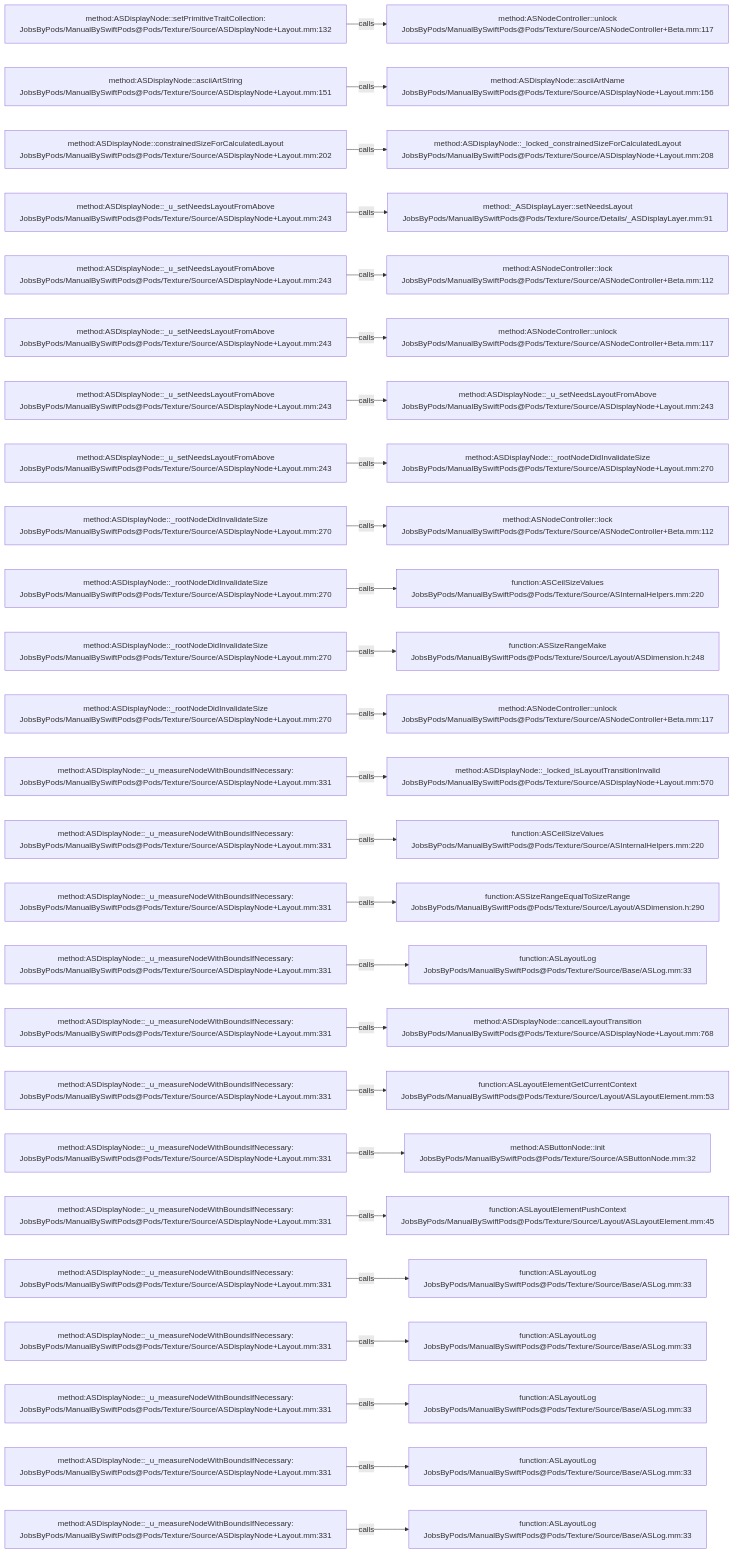
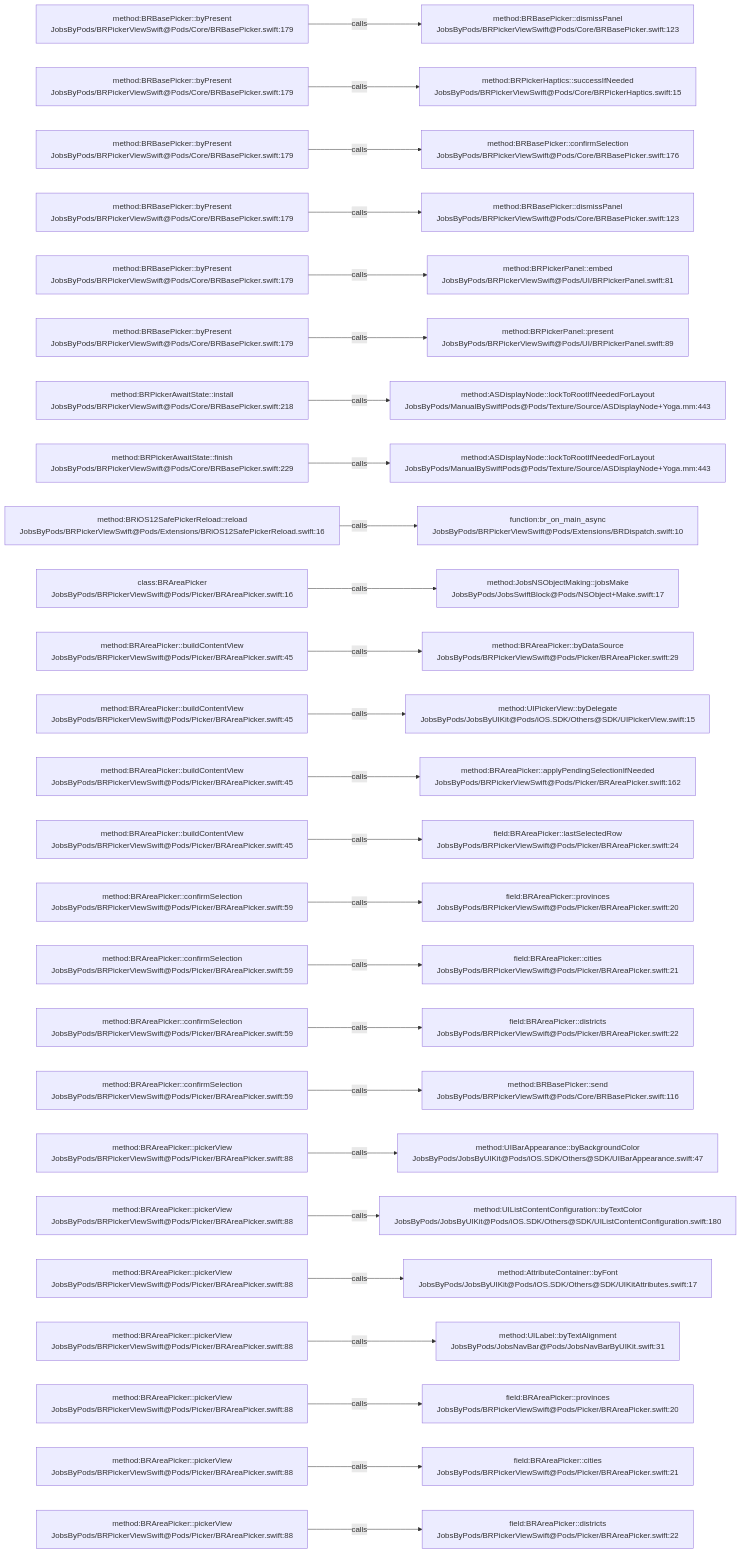
One commit to JobsKits/JobsSwiftBaseConfigDemo changed the diagram in .codegraph/codegraph.md/graphs/calls-021.md. Above: the diagram before and after it, drawn with Mermaid. The commit also changed 224 other files, not shown here.

````diff
--- a/.codegraph/codegraph.md/graphs/calls-021.md
+++ b/.codegraph/codegraph.md/graphs/calls-021.md
@@ -13,78 +13,78 @@
 ```mermaid
 flowchart LR
-  S1["method:ASDisplayNode::setPrimitiveTraitCollection:<br/>JobsByPods/ManualBySwiftPods@Pods/Texture/Source/ASDisplayNode+Layout.mm:132"]
-  T1["method:ASNodeController::unlock<br/>JobsByPods/ManualBySwiftPods@Pods/Texture/Source/ASNodeController+Beta.mm:117"]
+  S1["method:BRBasePicker::byPresent<br/>JobsByPods/BRPickerViewSwift@Pods/Core/BRBasePicker.swift:179"]
+  T1["method:BRBasePicker::dismissPanel<br/>JobsByPods/BRPickerViewSwift@Pods/Core/BRBasePicker.swift:123"]
   S1 -->|calls| T1
-  S2["method:ASDisplayNode::asciiArtString<br/>JobsByPods/ManualBySwiftPods@Pods/Texture/Source/ASDisplayNode+Layout.mm:151"]
-  T2["method:ASDisplayNode::asciiArtName<br/>JobsByPods/ManualBySwiftPods@Pods/Texture/Source/ASDisplayNode+Layout.mm:156"]
+  S2["method:BRBasePicker::byPresent<br/>JobsByPods/BRPickerViewSwift@Pods/Core/BRBasePicker.swift:179"]
+  T2["method:BRPickerHaptics::successIfNeeded<br/>JobsByPods/BRPickerViewSwift@Pods/Core/BRPickerHaptics.swift:15"]
   S2 -->|calls| T2
-  S3["method:ASDisplayNode::constrainedSizeForCalculatedLayout<br/>JobsByPods/ManualBySwiftPods@Pods/Texture/Source/ASDisplayNode+Layout.mm:202"]
-  T3["method:ASDisplayNode::_locked_constrainedSizeForCalculatedLayout<br/>JobsByPods/ManualBySwiftPods@Pods/Texture/Source/ASDisplayNode+Layout.mm:208"]
+  S3["method:BRBasePicker::byPresent<br/>JobsByPods/BRPickerViewSwift@Pods/Core/BRBasePicker.swift:179"]
+  T3["method:BRBasePicker::confirmSelection<br/>JobsByPods/BRPickerViewSwift@Pods/Core/BRBasePicker.swift:176"]
   S3 -->|calls| T3
-  S4["method:ASDisplayNode::_u_setNeedsLayoutFromAbove<br/>JobsByPods/ManualBySwiftPods@Pods/Texture/Source/ASDisplayNode+Layout.mm:243"]
-  T4["method:_ASDisplayLayer::setNeedsLayout<br/>JobsByPods/ManualBySwiftPods@Pods/Texture/Source/Details/_ASDisplayLayer.mm:91"]
+  S4["method:BRBasePicker::byPresent<br/>JobsByPods/BRPickerViewSwift@Pods/Core/BRBasePicker.swift:179"]
+  T4["method:BRBasePicker::dismissPanel<br/>JobsByPods/BRPickerViewSwift@Pods/Core/BRBasePicker.swift:123"]
   S4 -->|calls| T4
-  S5["method:ASDisplayNode::_u_setNeedsLayoutFromAbove<br/>JobsByPods/ManualBySwiftPods@Pods/Texture/Source/ASDisplayNode+Layout.mm:243"]
-  T5["method:ASNodeController::lock<br/>JobsByPods/ManualBySwiftPods@Pods/Texture/Source/ASNodeController+Beta.mm:112"]
+  S5["method:BRBasePicker::byPresent<br/>JobsByPods/BRPickerViewSwift@Pods/Core/BRBasePicker.swift:179"]
+  T5["method:BRPickerPanel::embed<br/>JobsByPods/BRPickerViewSwift@Pods/UI/BRPickerPanel.swift:81"]
   S5 -->|calls| T5
-  S6["method:ASDisplayNode::_u_setNeedsLayoutFromAbove<br/>JobsByPods/ManualBySwiftPods@Pods/Texture/Source/ASDisplayNode+Layout.mm:243"]
-  T6["method:ASNodeController::unlock<br/>JobsByPods/ManualBySwiftPods@Pods/Texture/Source/ASNodeController+Beta.mm:117"]
+  S6["method:BRBasePicker::byPresent<br/>JobsByPods/BRPickerViewSwift@Pods/Core/BRBasePicker.swift:179"]
+  T6["method:BRPickerPanel::present<br/>JobsByPods/BRPickerViewSwift@Pods/UI/BRPickerPanel.swift:89"]
   S6 -->|calls| T6
-  S7["method:ASDisplayNode::_u_setNeedsLayoutFromAbove<br/>JobsByPods/ManualBySwiftPods@Pods/Texture/Source/ASDisplayNode+Layout.mm:243"]
-  T7["method:ASDisplayNode::_u_setNeedsLayoutFromAbove<br/>JobsByPods/ManualBySwiftPods@Pods/Texture/Source/ASDisplayNode+Layout.mm:243"]
+  S7["method:BRPickerAwaitState::install<br/>JobsByPods/BRPickerViewSwift@Pods/Core/BRBasePicker.swift:218"]
+  T7["method:ASDisplayNode::lockToRootIfNeededForLayout<br/>JobsByPods/ManualBySwiftPods@Pods/Texture/Source/ASDisplayNode+Yoga.mm:443"]
   S7 -->|calls| T7
-  S8["method:ASDisplayNode::_u_setNeedsLayoutFromAbove<br/>JobsByPods/ManualBySwiftPods@Pods/Texture/Source/ASDisplayNode+Layout.mm:243"]
-  T8["method:ASDisplayNode::_rootNodeDidInvalidateSize<br/>JobsByPods/ManualBySwiftPods@Pods/Texture/Source/ASDisplayNode+Layout.mm:270"]
+  S8["method:BRPickerAwaitState::finish<br/>JobsByPods/BRPickerViewSwift@Pods/Core/BRBasePicker.swift:229"]
+  T8["method:ASDisplayNode::lockToRootIfNeededForLayout<br/>JobsByPods/ManualBySwiftPods@Pods/Texture/Source/ASDisplayNode+Yoga.mm:443"]
   S8 -->|calls| T8
-  S9["method:ASDisplayNode::_rootNodeDidInvalidateSize<br/>JobsByPods/ManualBySwiftPods@Pods/Texture/Source/ASDisplayNode+Layout.mm:270"]
-  T9["method:ASNodeController::lock<br/>JobsByPods/ManualBySwiftPods@Pods/Texture/Source/ASNodeController+Beta.mm:112"]
+  S9["method:BRiOS12SafePickerReload::reload<br/>JobsByPods/BRPickerViewSwift@Pods/Extensions/BRiOS12SafePickerReload.swift:16"]
+  T9["function:br_on_main_async<br/>JobsByPods/BRPickerViewSwift@Pods/Extensions/BRDispatch.swift:10"]
   S9 -->|calls| T9
-  S10["method:ASDisplayNode::_rootNodeDidInvalidateSize<br/>JobsByPods/ManualBySwiftPods@Pods/Texture/Source/ASDisplayNode+Layout.mm:270"]
-  T10["function:ASCeilSizeValues<br/>JobsByPods/ManualBySwiftPods@Pods/Texture/Source/ASInternalHelpers.mm:220"]
+  S10["class:BRAreaPicker<br/>JobsByPods/BRPickerViewSwift@Pods/Picker/BRAreaPicker.swift:16"]
+  T10["method:JobsNSObjectMaking::jobsMake<br/>JobsByPods/JobsSwiftBlock@Pods/NSObject+Make.swift:17"]
   S10 -->|calls| T10
-  S11["method:ASDisplayNode::_rootNodeDidInvalidateSize<br/>JobsByPods/ManualBySwiftPods@Pods/Texture/Source/ASDisplayNode+Layout.mm:270"]
-  T11["function:ASSizeRangeMake<br/>JobsByPods/ManualBySwiftPods@Pods/Texture/Source/Layout/ASDimension.h:248"]
+  S11["method:BRAreaPicker::buildContentView<br/>JobsByPods/BRPickerViewSwift@Pods/Picker/BRAreaPicker.swift:45"]
+  T11["method:BRAreaPicker::byDataSource<br/>JobsByPods/BRPickerViewSwift@Pods/Picker/BRAreaPicker.swift:29"]
   S11 -->|calls| T11
-  S12["method:ASDisplayNode::_rootNodeDidInvalidateSize<br/>JobsByPods/ManualBySwiftPods@Pods/Texture/Source/ASDisplayNode+Layout.mm:270"]
-  T12["method:ASNodeController::unlock<br/>JobsByPods/ManualBySwiftPods@Pods/Texture/Source/ASNodeController+Beta.mm:117"]
+  S12["method:BRAreaPicker::buildContentView<br/>JobsByPods/BRPickerViewSwift@Pods/Picker/BRAreaPicker.swift:45"]
+  T12["method:UIPickerView::byDelegate<br/>JobsByPods/JobsByUIKit@Pods/iOS.SDK/Others@SDK/UIPickerView.swift:15"]
   S12 -->|calls| T12
-  S13["method:ASDisplayNode::_u_measureNodeWithBoundsIfNecessary:<br/>JobsByPods/ManualBySwiftPods@Pods/Texture/Source/ASDisplayNode+Layout.mm:331"]
-  T13["method:ASDisplayNode::_locked_isLayoutTransitionInvalid<br/>JobsByPods/ManualBySwiftPods@Pods/Texture/Source/ASDisplayNode+Layout.mm:570"]
+  S13["method:BRAreaPicker::buildContentView<br/>JobsByPods/BRPickerViewSwift@Pods/Picker/BRAreaPicker.swift:45"]
+  T13["method:BRAreaPicker::applyPendingSelectionIfNeeded<br/>JobsByPods/BRPickerViewSwift@Pods/Picker/BRAreaPicker.swift:162"]
   S13 -->|calls| T13
-  S14["method:ASDisplayNode::_u_measureNodeWithBoundsIfNecessary:<br/>JobsByPods/ManualBySwiftPods@Pods/Texture/Source/ASDisplayNode+Layout.mm:331"]
-  T14["function:ASCeilSizeValues<br/>JobsByPods/ManualBySwiftPods@Pods/Texture/Source/ASInternalHelpers.mm:220"]
+  S14["method:BRAreaPicker::buildContentView<br/>JobsByPods/BRPickerViewSwift@Pods/Picker/BRAreaPicker.swift:45"]
+  T14["field:BRAreaPicker::lastSelectedRow<br/>JobsByPods/BRPickerViewSwift@Pods/Picker/BRAreaPicker.swift:24"]
   S14 -->|calls| T14
-  S15["method:ASDisplayNode::_u_measureNodeWithBoundsIfNecessary:<br/>JobsByPods/ManualBySwiftPods@Pods/Texture/Source/ASDisplayNode+Layout.mm:331"]
-  T15["function:ASSizeRangeEqualToSizeRange<br/>JobsByPods/ManualBySwiftPods@Pods/Texture/Source/Layout/ASDimension.h:290"]
+  S15["method:BRAreaPicker::confirmSelection<br/>JobsByPods/BRPickerViewSwift@Pods/Picker/BRAreaPicker.swift:59"]
+  T15["field:BRAreaPicker::provinces<br/>JobsByPods/BRPickerViewSwift@Pods/Picker/BRAreaPicker.swift:20"]
   S15 -->|calls| T15
-  S16["method:ASDisplayNode::_u_measureNodeWithBoundsIfNecessary:<br/>JobsByPods/ManualBySwiftPods@Pods/Texture/Source/ASDisplayNode+Layout.mm:331"]
-  T16["function:ASLayoutLog<br/>JobsByPods/ManualBySwiftPods@Pods/Texture/Source/Base/ASLog.mm:33"]
+  S16["method:BRAreaPicker::confirmSelection<br/>JobsByPods/BRPickerViewSwift@Pods/Picker/BRAreaPicker.swift:59"]
+  T16["field:BRAreaPicker::cities<br/>JobsByPods/BRPickerViewSwift@Pods/Picker/BRAreaPicker.swift:21"]
   S16 -->|calls| T16
-  S17["method:ASDisplayNode::_u_measureNodeWithBoundsIfNecessary:<br/>JobsByPods/ManualBySwiftPods@Pods/Texture/Source/ASDisplayNode+Layout.mm:331"]
-  T17["method:ASDisplayNode::cancelLayoutTransition<br/>JobsByPods/ManualBySwiftPods@Pods/Texture/Source/ASDisplayNode+Layout.mm:768"]
+  S17["method:BRAreaPicker::confirmSelection<br/>JobsByPods/BRPickerViewSwift@Pods/Picker/BRAreaPicker.swift:59"]
+  T17["field:BRAreaPicker::districts<br/>JobsByPods/BRPickerViewSwift@Pods/Picker/BRAreaPicker.swift:22"]
   S17 -->|calls| T17
-  S18["method:ASDisplayNode::_u_measureNodeWithBoundsIfNecessary:<br/>JobsByPods/ManualBySwiftPods@Pods/Texture/Source/ASDisplayNode+Layout.mm:331"]
-  T18["function:ASLayoutElementGetCurrentContext<br/>JobsByPods/ManualBySwiftPods@Pods/Texture/Source/Layout/ASLayoutElement.mm:53"]
+  S18["method:BRAreaPicker::confirmSelection<br/>JobsByPods/BRPickerViewSwift@Pods/Picker/BRAreaPicker.swift:59"]
+  T18["method:BRBasePicker::send<br/>JobsByPods/BRPickerViewSwift@Pods/Core/BRBasePicker.swift:116"]
   S18 -->|calls| T18
-  S19["method:ASDisplayNode::_u_measureNodeWithBoundsIfNecessary:<br/>JobsByPods/ManualBySwiftPods@Pods/Texture/Source/ASDisplayNode+Layout.mm:331"]
-  T19["method:ASButtonNode::init<br/>JobsByPods/ManualBySwiftPods@Pods/Texture/Source/ASButtonNode.mm:32"]
+  S19["method:BRAreaPicker::pickerView<br/>JobsByPods/BRPickerViewSwift@Pods/Picker/BRAreaPicker.swift:88"]
+  T19["method:UIBarAppearance::byBackgroundColor<br/>JobsByPods/JobsByUIKit@Pods/iOS.SDK/Others@SDK/UIBarAppearance.swift:47"]
   S19 -->|calls| T19
-  S20["method:ASDisplayNode::_u_measureNodeWithBoundsIfNecessary:<br/>JobsByPods/ManualBySwiftPods@Pods/Texture/Source/ASDisplayNode+Layout.mm:331"]
-  T20["function:ASLayoutElementPushContext<br/>JobsByPods/ManualBySwiftPods@Pods/Texture/Source/Layout/ASLayoutElement.mm:45"]
+  S20["method:BRAreaPicker::pickerView<br/>JobsByPods/BRPickerViewSwift@Pods/Picker/BRAreaPicker.swift:88"]
+  T20["method:UIListContentConfiguration::byTextColor<br/>JobsByPods/JobsByUIKit@Pods/iOS.SDK/Others@SDK/UIListContentConfiguration.swift:180"]
   S20 -->|calls| T20
-  S21["method:ASDisplayNode::_u_measureNodeWithBoundsIfNecessary:<br/>JobsByPods/ManualBySwiftPods@Pods/Texture/Source/ASDisplayNode+Layout.mm:331"]
-  T21["function:ASLayoutLog<br/>JobsByPods/ManualBySwiftPods@Pods/Texture/Source/Base/ASLog.mm:33"]
+  S21["method:BRAreaPicker::pickerView<br/>JobsByPods/BRPickerViewSwift@Pods/Picker/BRAreaPicker.swift:88"]
+  T21["method:AttributeContainer::byFont<br/>JobsByPods/JobsByUIKit@Pods/iOS.SDK/Others@SDK/UIKitAttributes.swift:17"]
   S21 -->|calls| T21
-  S22["method:ASDisplayNode::_u_measureNodeWithBoundsIfNecessary:<br/>JobsByPods/ManualBySwiftPods@Pods/Texture/Source/ASDisplayNode+Layout.mm:331"]
-  T22["function:ASLayoutLog<br/>JobsByPods/ManualBySwiftPods@Pods/Texture/Source/Base/ASLog.mm:33"]
+  S22["method:BRAreaPicker::pickerView<br/>JobsByPods/BRPickerViewSwift@Pods/Picker/BRAreaPicker.swift:88"]
+  T22["method:UILabel::byTextAlignment<br/>JobsByPods/JobsNavBar@Pods/JobsNavBarByUIKit.swift:31"]
   S22 -->|calls| T22
-  S23["method:ASDisplayNode::_u_measureNodeWithBoundsIfNecessary:<br/>JobsByPods/ManualBySwiftPods@Pods/Texture/Source/ASDisplayNode+Layout.mm:331"]
-  T23["function:ASLayoutLog<br/>JobsByPods/ManualBySwiftPods@Pods/Texture/Source/Base/ASLog.mm:33"]
+  S23["method:BRAreaPicker::pickerView<br/>JobsByPods/BRPickerViewSwift@Pods/Picker/BRAreaPicker.swift:88"]
+  T23["field:BRAreaPicker::provinces<br/>JobsByPods/BRPickerViewSwift@Pods/Picker/BRAreaPicker.swift:20"]
   S23 -->|calls| T23
-  S24["method:ASDisplayNode::_u_measureNodeWithBoundsIfNecessary:<br/>JobsByPods/ManualBySwiftPods@Pods/Texture/Source/ASDisplayNode+Layout.mm:331"]
-  T24["function:ASLayoutLog<br/>JobsByPods/ManualBySwiftPods@Pods/Texture/Source/Base/ASLog.mm:33"]
+  S24["method:BRAreaPicker::pickerView<br/>JobsByPods/BRPickerViewSwift@Pods/Picker/BRAreaPicker.swift:88"]
+  T24["field:BRAreaPicker::cities<br/>JobsByPods/BRPickerViewSwift@Pods/Picker/BRAreaPicker.swift:21"]
   S24 -->|calls| T24
-  S25["method:ASDisplayNode::_u_measureNodeWithBoundsIfNecessary:<br/>JobsByPods/ManualBySwiftPods@Pods/Texture/Source/ASDisplayNode+Layout.mm:331"]
-  T25["function:ASLayoutLog<br/>JobsByPods/ManualBySwiftPods@Pods/Texture/Source/Base/ASLog.mm:33"]
+  S25["method:BRAreaPicker::pickerView<br/>JobsByPods/BRPickerViewSwift@Pods/Picker/BRAreaPicker.swift:88"]
+  T25["field:BRAreaPicker::districts<br/>JobsByPods/BRPickerViewSwift@Pods/Picker/BRAreaPicker.swift:22"]
   S25 -->|calls| T25
 ```
````
